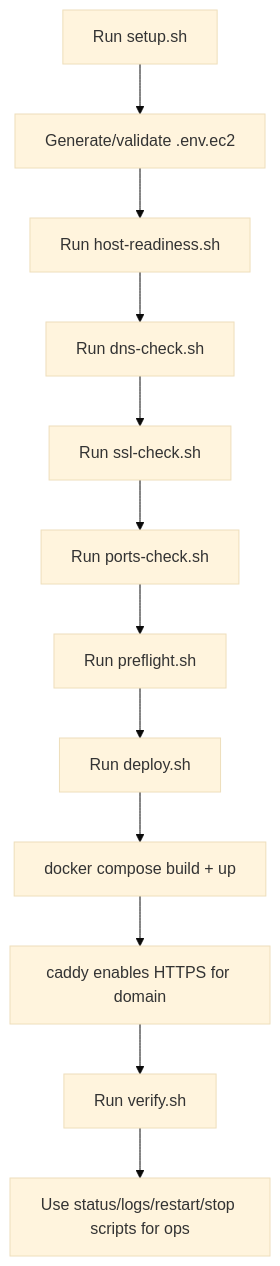
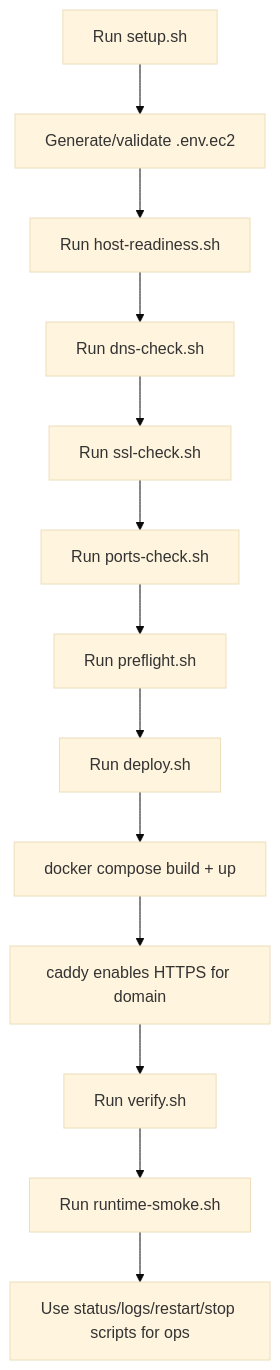
One commit to AmanVatsSharma/MailZen-Smart-Email-Management changed the diagram in deploy/ec2/README.md. Above: the diagram before and after it, drawn with Mermaid (base theme). The commit also changed other lines of this file and 6 other files, not shown here.

Commit message:
add runtime smoke checks for container-internal deployment validation

````diff
--- a/deploy/ec2/README.md
+++ b/deploy/ec2/README.md
@@ -62,14 +63,15 @@
 ```mermaid
 flowchart TD
   A[Run setup.sh] --> B[Generate/validate .env.ec2]
   B --> C[Run host-readiness.sh]
   C --> D[Run dns-check.sh]
   D --> E[Run ssl-check.sh]
   E --> F[Run ports-check.sh]
   F --> G[Run preflight.sh]
   G --> H[Run deploy.sh]
   H --> I[docker compose build + up]
   I --> J[caddy enables HTTPS for domain]
   J --> K[Run verify.sh]
-  K --> L[Use status/logs/restart/stop scripts for ops]
+  K --> L[Run runtime-smoke.sh]
+  L --> M[Use status/logs/restart/stop scripts for ops]
 ```
````
